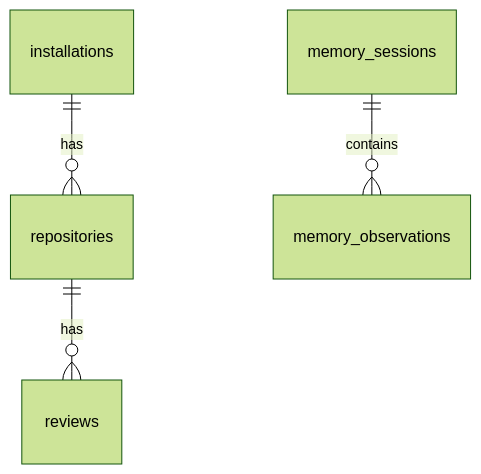
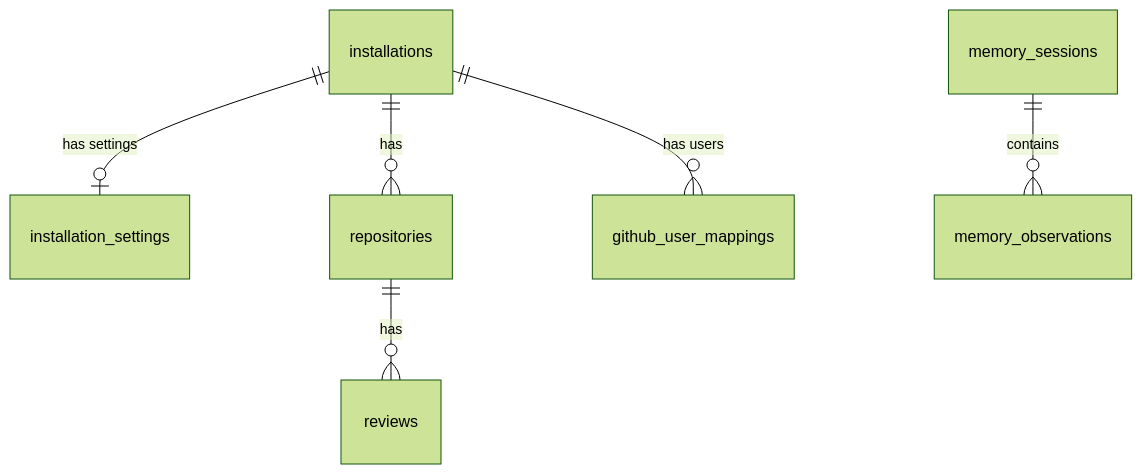
Before and after one commit to actions-marketplace-validations/JNZader_ghagga: the diagram in docs/database-schema.md, drawn with Mermaid (forest theme). The commit also changed other lines of this file and 12 other files, not shown here.

````diff
--- a/docs/database-schema.md
+++ b/docs/database-schema.md
@@ -112,6 +200,8 @@
 ```mermaid
 erDiagram
+  installations ||--o| installation_settings : "has settings"
   installations ||--o{ repositories : has
+  installations ||--o{ github_user_mappings : "has users"
   repositories ||--o{ reviews : has
   memory_sessions ||--o{ memory_observations : contains
 ```
````
